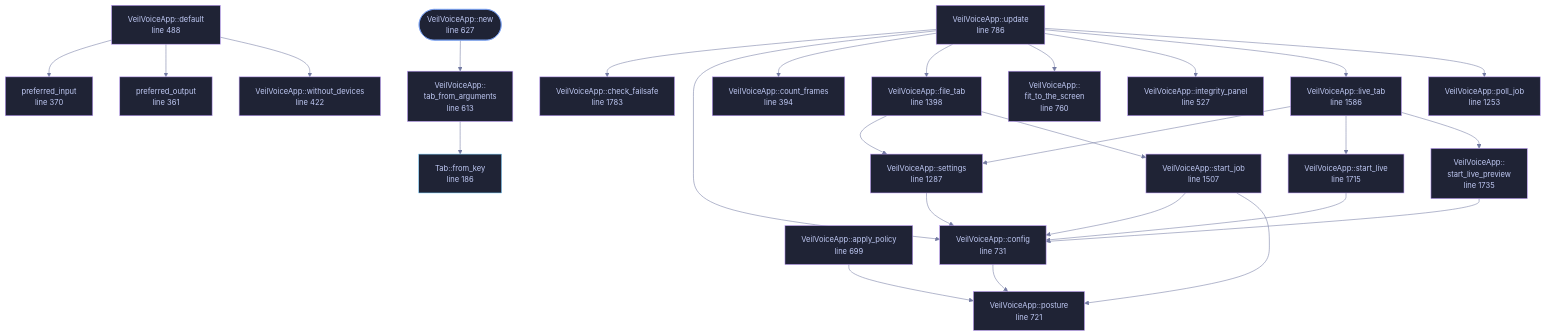
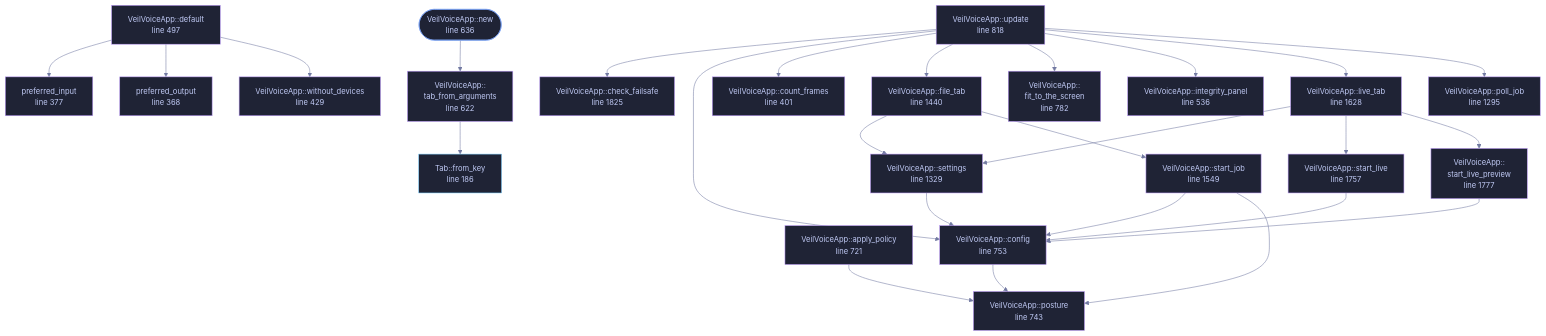
The diagram in wiki/File-veilvoice-gui-app.md (tilas01/veilvoice), drawn with Mermaid before and after one commit. The commit also changed other lines of this file and 55 other files, not shown here.

First line of the commit message:
sign: a self-signed code certificate and app manifest, beside the OpenPGP key

````diff
--- a/wiki/File-veilvoice-gui-app.md
+++ b/wiki/File-veilvoice-gui-app.md
@@ -165,79 +165,79 @@
 ```mermaid
 %%{init: {"theme":"base","themeVariables":{"background":"#1a1b26","primaryColor":"#1f2335","primaryTextColor":"#c0caf5","primaryBorderColor":"#7aa2f7","secondaryColor":"#16161e","tertiaryColor":"#16161e","lineColor":"#737aa2","textColor":"#c0caf5","mainBkg":"#1f2335","nodeBorder":"#7aa2f7","clusterBkg":"#16161e","clusterBorder":"#2f3549","fontFamily":"ui-monospace, SFMono-Regular, Consolas, monospace","fontSize":"14px"}}}%%
 flowchart TD
     n_from_key["Tab::from_key<br/>line 186"]
-    n_preferred_output["preferred_output<br/>line 361"]
-    n_preferred_input["preferred_input<br/>line 370"]
-    n_count_frames["VeilVoiceApp::count_frames<br/>line 394"]
-    n_without_devices["VeilVoiceApp::without_devices<br/>line 422"]
-    n_default["VeilVoiceApp::default<br/>line 488"]
-    n_integrity_panel["VeilVoiceApp::integrity_panel<br/>line 527"]
-    n_tab_from_arguments["VeilVoiceApp::<br/>tab_from_arguments<br/>line 613"]
-    n_new(["VeilVoiceApp::new<br/>line 627"])
-    n_apply_policy["VeilVoiceApp::apply_policy<br/>line 699"]
-    n_posture["VeilVoiceApp::posture<br/>line 721"]
-    n_config["VeilVoiceApp::config<br/>line 731"]
-    n_fit_to_the_screen["VeilVoiceApp::<br/>fit_to_the_screen<br/>line 760"]
-    n_update["VeilVoiceApp::update<br/>line 786"]
-    n_poll_job["VeilVoiceApp::poll_job<br/>line 1253"]
-    n_settings["VeilVoiceApp::settings<br/>line 1287"]
-    n_file_tab["VeilVoiceApp::file_tab<br/>line 1398"]
-    n_start_job["VeilVoiceApp::start_job<br/>line 1507"]
-    n_live_tab["VeilVoiceApp::live_tab<br/>line 1586"]
-    n_start_live["VeilVoiceApp::start_live<br/>line 1715"]
-    n_start_live_preview["VeilVoiceApp::<br/>start_live_preview<br/>line 1735"]
-    n_check_failsafe["VeilVoiceApp::check_failsafe<br/>line 1783"]
+    n_preferred_output["preferred_output<br/>line 368"]
+    n_preferred_input["preferred_input<br/>line 377"]
+    n_count_frames["VeilVoiceApp::count_frames<br/>line 401"]
+    n_without_devices["VeilVoiceApp::without_devices<br/>line 429"]
+    n_default["VeilVoiceApp::default<br/>line 497"]
+    n_integrity_panel["VeilVoiceApp::integrity_panel<br/>line 536"]
+    n_tab_from_arguments["VeilVoiceApp::<br/>tab_from_arguments<br/>line 622"]
+    n_new(["VeilVoiceApp::new<br/>line 636"])
+    n_apply_policy["VeilVoiceApp::apply_policy<br/>line 721"]
+    n_posture["VeilVoiceApp::posture<br/>line 743"]
+    n_config["VeilVoiceApp::config<br/>line 753"]
+    n_fit_to_the_screen["VeilVoiceApp::<br/>fit_to_the_screen<br/>line 782"]
+    n_update["VeilVoiceApp::update<br/>line 818"]
+    n_poll_job["VeilVoiceApp::poll_job<br/>line 1295"]
+    n_settings["VeilVoiceApp::settings<br/>line 1329"]
+    n_file_tab["VeilVoiceApp::file_tab<br/>line 1440"]
+    n_start_job["VeilVoiceApp::start_job<br/>line 1549"]
+    n_live_tab["VeilVoiceApp::live_tab<br/>line 1628"]
+    n_start_live["VeilVoiceApp::start_live<br/>line 1757"]
+    n_start_live_preview["VeilVoiceApp::<br/>start_live_preview<br/>line 1777"]
+    n_check_failsafe["VeilVoiceApp::check_failsafe<br/>line 1825"]
     n_apply_policy --> n_posture
     n_config --> n_posture
     n_default --> n_preferred_input
     n_default --> n_preferred_output
     n_default --> n_without_devices
     n_file_tab --> n_settings
     n_file_tab --> n_start_job
     n_live_tab --> n_settings
     n_live_tab --> n_start_live
     n_live_tab --> n_start_live_preview
     n_new --> n_tab_from_arguments
     n_settings --> n_config
     n_start_job --> n_config
     n_start_job --> n_posture
     n_start_live --> n_config
     n_start_live_preview --> n_config
     n_tab_from_arguments --> n_from_key
     n_update --> n_check_failsafe
     n_update --> n_config
     n_update --> n_count_frames
     n_update --> n_file_tab
     n_update --> n_fit_to_the_screen
     n_update --> n_integrity_panel
     n_update --> n_live_tab
     n_update --> n_poll_job
     click n_from_key href "https://github.com/tilas01/veilvoice/blob/main/crates/veilvoice-gui/src/app.rs#L186" "open the source"
-    click n_preferred_output href "https://github.com/tilas01/veilvoice/blob/main/crates/veilvoice-gui/src/app.rs#L361" "open the source"
-    click n_preferred_input href "https://github.com/tilas01/veilvoice/blob/main/crates/veilvoice-gui/src/app.rs#L370" "open the source"
-    click n_count_frames href "https://github.com/tilas01/veilvoice/blob/main/crates/veilvoice-gui/src/app.rs#L394" "open the source"
-    click n_without_devices href "https://github.com/tilas01/veilvoice/blob/main/crates/veilvoice-gui/src/app.rs#L422" "open the source"
-    click n_default href "https://github.com/tilas01/veilvoice/blob/main/crates/veilvoice-gui/src/app.rs#L488" "open the source"
-    click n_integrity_panel href "https://github.com/tilas01/veilvoice/blob/main/crates/veilvoice-gui/src/app.rs#L527" "open the source"
-    click n_tab_from_arguments href "https://github.com/tilas01/veilvoice/blob/main/crates/veilvoice-gui/src/app.rs#L613" "open the source"
-    click n_new href "https://github.com/tilas01/veilvoice/blob/main/crates/veilvoice-gui/src/app.rs#L627" "open the source"
-    click n_apply_policy href "https://github.com/tilas01/veilvoice/blob/main/crates/veilvoice-gui/src/app.rs#L699" "open the source"
-    click n_posture href "https://github.com/tilas01/veilvoice/blob/main/crates/veilvoice-gui/src/app.rs#L721" "open the source"
-    click n_config href "https://github.com/tilas01/veilvoice/blob/main/crates/veilvoice-gui/src/app.rs#L731" "open the source"
-    click n_fit_to_the_screen href "https://github.com/tilas01/veilvoice/blob/main/crates/veilvoice-gui/src/app.rs#L760" "open the source"
-    click n_update href "https://github.com/tilas01/veilvoice/blob/main/crates/veilvoice-gui/src/app.rs#L786" "open the source"
-    click n_poll_job href "https://github.com/tilas01/veilvoice/blob/main/crates/veilvoice-gui/src/app.rs#L1253" "open the source"
-    click n_settings href "https://github.com/tilas01/veilvoice/blob/main/crates/veilvoice-gui/src/app.rs#L1287" "open the source"
-    click n_file_tab href "https://github.com/tilas01/veilvoice/blob/main/crates/veilvoice-gui/src/app.rs#L1398" "open the source"
-    click n_start_job href "https://github.com/tilas01/veilvoice/blob/main/crates/veilvoice-gui/src/app.rs#L1507" "open the source"
-    click n_live_tab href "https://github.com/tilas01/veilvoice/blob/main/crates/veilvoice-gui/src/app.rs#L1586" "open the source"
-    click n_start_live href "https://github.com/tilas01/veilvoice/blob/main/crates/veilvoice-gui/src/app.rs#L1715" "open the source"
-    click n_start_live_preview href "https://github.com/tilas01/veilvoice/blob/main/crates/veilvoice-gui/src/app.rs#L1735" "open the source"
-    click n_check_failsafe href "https://github.com/tilas01/veilvoice/blob/main/crates/veilvoice-gui/src/app.rs#L1783" "open the source"
+    click n_preferred_output href "https://github.com/tilas01/veilvoice/blob/main/crates/veilvoice-gui/src/app.rs#L368" "open the source"
+    click n_preferred_input href "https://github.com/tilas01/veilvoice/blob/main/crates/veilvoice-gui/src/app.rs#L377" "open the source"
+    click n_count_frames href "https://github.com/tilas01/veilvoice/blob/main/crates/veilvoice-gui/src/app.rs#L401" "open the source"
+    click n_without_devices href "https://github.com/tilas01/veilvoice/blob/main/crates/veilvoice-gui/src/app.rs#L429" "open the source"
+    click n_default href "https://github.com/tilas01/veilvoice/blob/main/crates/veilvoice-gui/src/app.rs#L497" "open the source"
+    click n_integrity_panel href "https://github.com/tilas01/veilvoice/blob/main/crates/veilvoice-gui/src/app.rs#L536" "open the source"
+    click n_tab_from_arguments href "https://github.com/tilas01/veilvoice/blob/main/crates/veilvoice-gui/src/app.rs#L622" "open the source"
+    click n_new href "https://github.com/tilas01/veilvoice/blob/main/crates/veilvoice-gui/src/app.rs#L636" "open the source"
+    click n_apply_policy href "https://github.com/tilas01/veilvoice/blob/main/crates/veilvoice-gui/src/app.rs#L721" "open the source"
+    click n_posture href "https://github.com/tilas01/veilvoice/blob/main/crates/veilvoice-gui/src/app.rs#L743" "open the source"
+    click n_config href "https://github.com/tilas01/veilvoice/blob/main/crates/veilvoice-gui/src/app.rs#L753" "open the source"
+    click n_fit_to_the_screen href "https://github.com/tilas01/veilvoice/blob/main/crates/veilvoice-gui/src/app.rs#L782" "open the source"
+    click n_update href "https://github.com/tilas01/veilvoice/blob/main/crates/veilvoice-gui/src/app.rs#L818" "open the source"
+    click n_poll_job href "https://github.com/tilas01/veilvoice/blob/main/crates/veilvoice-gui/src/app.rs#L1295" "open the source"
+    click n_settings href "https://github.com/tilas01/veilvoice/blob/main/crates/veilvoice-gui/src/app.rs#L1329" "open the source"
+    click n_file_tab href "https://github.com/tilas01/veilvoice/blob/main/crates/veilvoice-gui/src/app.rs#L1440" "open the source"
+    click n_start_job href "https://github.com/tilas01/veilvoice/blob/main/crates/veilvoice-gui/src/app.rs#L1549" "open the source"
+    click n_live_tab href "https://github.com/tilas01/veilvoice/blob/main/crates/veilvoice-gui/src/app.rs#L1628" "open the source"
+    click n_start_live href "https://github.com/tilas01/veilvoice/blob/main/crates/veilvoice-gui/src/app.rs#L1757" "open the source"
+    click n_start_live_preview href "https://github.com/tilas01/veilvoice/blob/main/crates/veilvoice-gui/src/app.rs#L1777" "open the source"
+    click n_check_failsafe href "https://github.com/tilas01/veilvoice/blob/main/crates/veilvoice-gui/src/app.rs#L1825" "open the source"
     classDef entry fill:#1f2335,stroke:#7aa2f7,color:#c0caf5
     class n_new entry
     classDef api fill:#1f2335,stroke:#7dcfff,color:#c0caf5
     class n_from_key api
     classDef helper fill:#1f2335,stroke:#bb9af7,color:#c0caf5
     class n_preferred_output,n_preferred_input,n_count_frames,n_without_devices,n_default,n_integrity_panel,n_tab_from_arguments,n_apply_policy,n_posture,n_config,n_fit_to_the_screen,n_update,n_poll_job,n_settings,n_file_tab,n_start_job,n_live_tab,n_start_live,n_start_live_preview,n_check_failsafe helper
 ```
````
